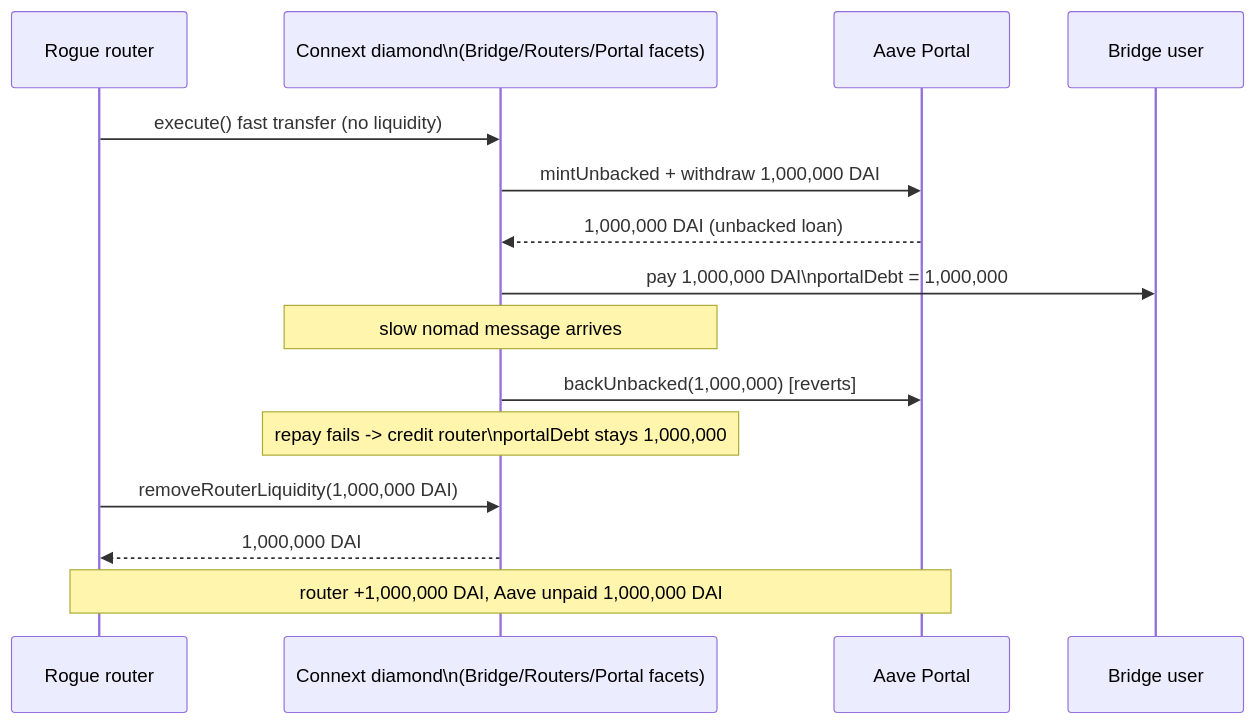
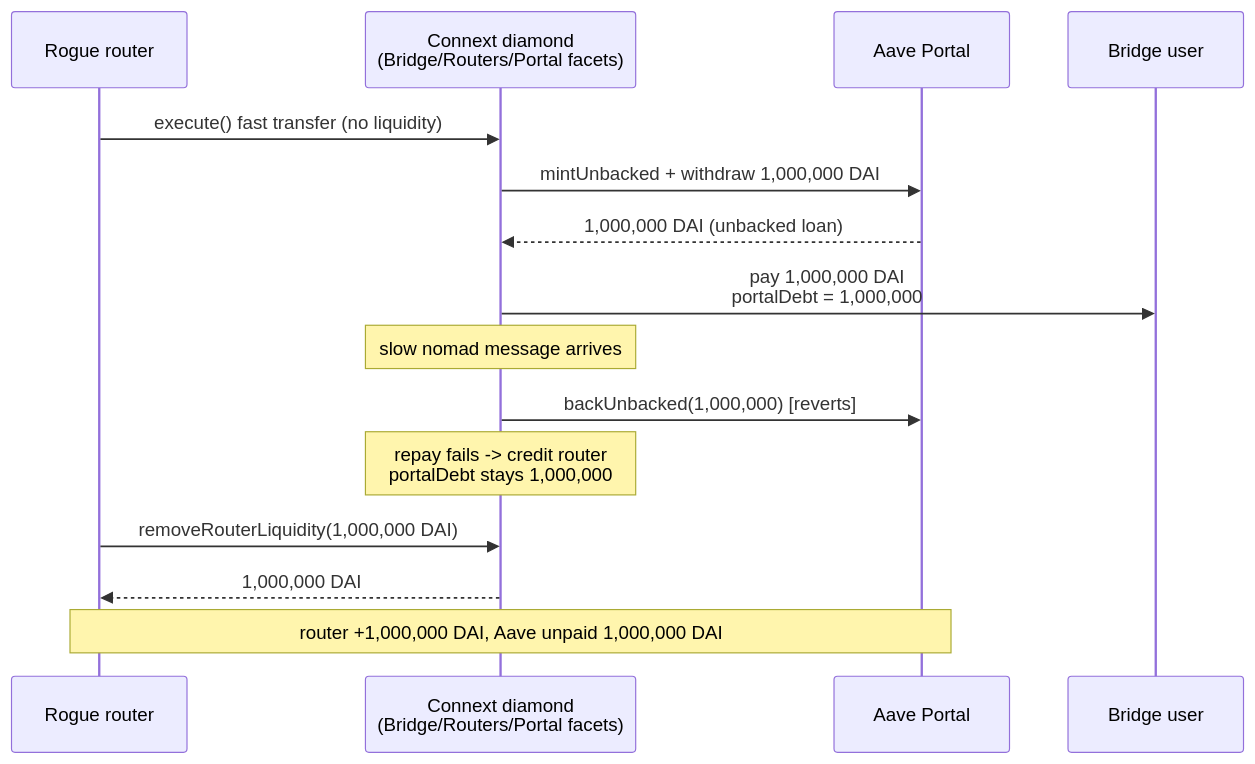
The diagram in 25134-h-05-routers-are-not-enforced-to-repay-aave-portal-loan-code_exp/25134-h-05-routers-are-not-enforced-to-repay-aave-portal-loan-code_exp.md (sanbir/evm-hack-registry), drawn with Mermaid before and after one commit. The commit also changed 23 other files, not shown here.

````diff
--- a/25134-h-05-routers-are-not-enforced-to-repay-aave-portal-loan-code_exp/25134-h-05-routers-are-not-enforced-to-repay-aave-portal-loan-code_exp.md
+++ b/25134-h-05-routers-are-not-enforced-to-repay-aave-portal-loan-code_exp/25134-h-05-routers-are-not-enforced-to-repay-aave-portal-loan-code_exp.md
@@ -50,17 +50,17 @@
 ```mermaid
 sequenceDiagram
     participant R as Rogue router
-    participant CX as Connext diamond\n(Bridge/Routers/Portal facets)
+    participant CX as Connext diamond<br/>(Bridge/Routers/Portal facets)
     participant AAVE as Aave Portal
     participant U as Bridge user
     R->>CX: execute() fast transfer (no liquidity)
     CX->>AAVE: mintUnbacked + withdraw 1,000,000 DAI
     AAVE-->>CX: 1,000,000 DAI (unbacked loan)
-    CX->>U: pay 1,000,000 DAI\nportalDebt = 1,000,000
+    CX->>U: pay 1,000,000 DAI<br/>portalDebt = 1,000,000
     Note over CX: slow nomad message arrives
     CX->>AAVE: backUnbacked(1,000,000)  [reverts]
-    Note over CX: repay fails -> credit router\nportalDebt stays 1,000,000
+    Note over CX: repay fails -> credit router<br/>portalDebt stays 1,000,000
     R->>CX: removeRouterLiquidity(1,000,000 DAI)
     CX-->>R: 1,000,000 DAI
     Note over R,AAVE: router +1,000,000 DAI, Aave unpaid 1,000,000 DAI
 ```
````
